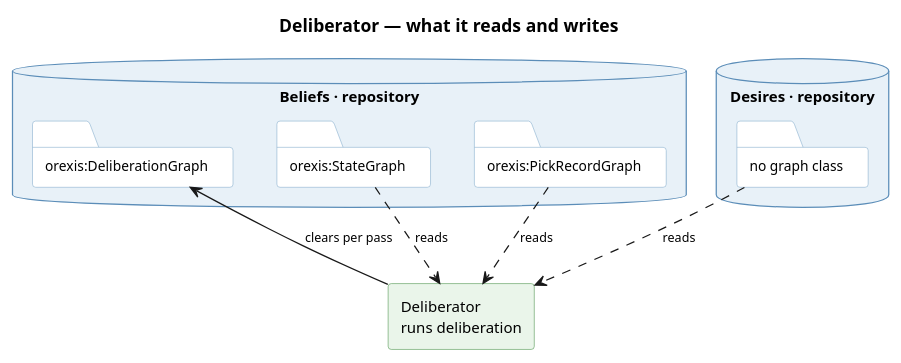
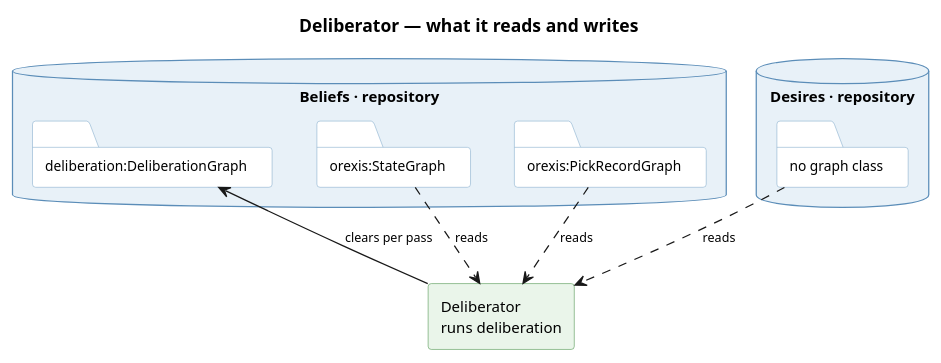
The diagram in knowledge/diagrams/service-deliberator.puml (ShishkinDmitriy/orexis), drawn with PlantUML before and after one commit. The commit also changed 100 other files, not shown here.

```diff
--- a/knowledge/diagrams/service-deliberator.puml
+++ b/knowledge/diagrams/service-deliberator.puml
@@ -1,42 +1,42 @@
 @startuml service-deliberator
 title Deliberator — what it reads and writes
 
 skinparam componentStyle rectangle
 skinparam shadowing false
 skinparam defaultFontSize 12
 skinparam titleFontSize 14
 skinparam ArrowFontSize 10
 skinparam database {
   BackgroundColor #E8F1F8
   BorderColor #5B8DB8
 }
 skinparam folder {
   BackgroundColor #FFFFFF
   BorderColor #8FB4D0
   FontSize 11
 }
 skinparam component {
   BackgroundColor #EAF5EA
   BorderColor #5E9E5E
 }
 
 
 database "Beliefs · repository" as BEL {
   folder "orexis:StateGraph" as S
   folder "orexis:PickRecordGraph" as P
-  folder "orexis:DeliberationGraph" as D
+  folder "deliberation:DeliberationGraph" as D
 }
 
 database "Desires · repository" as DES {
   folder "no graph class" as X
 }
 
 component "Deliberator\nruns deliberation" as DEL
 
 
 S ..> DEL : reads
 P ..> DEL : reads
 X ..> DEL : reads
 DEL --> D : clears per pass
 
 @enduml
```
